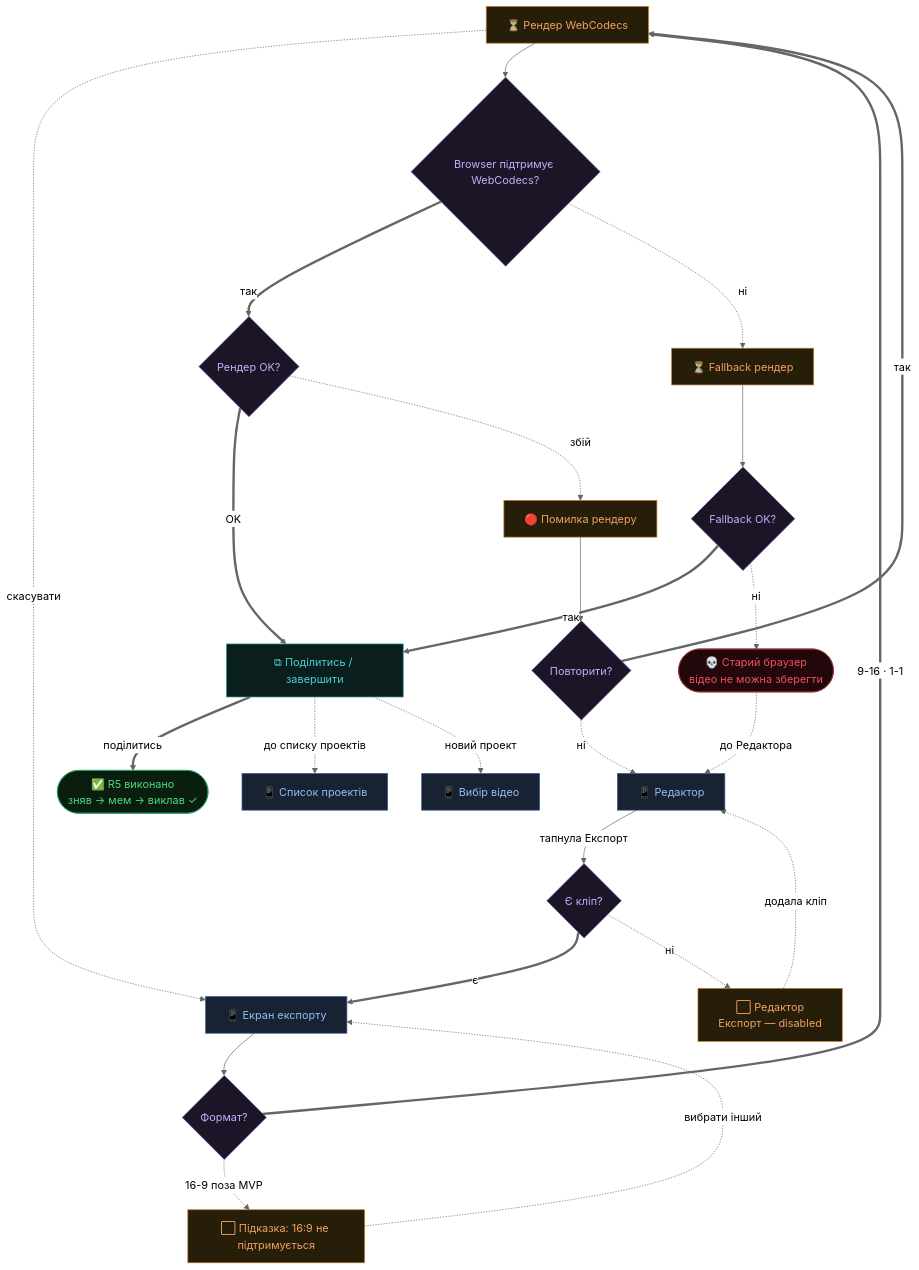
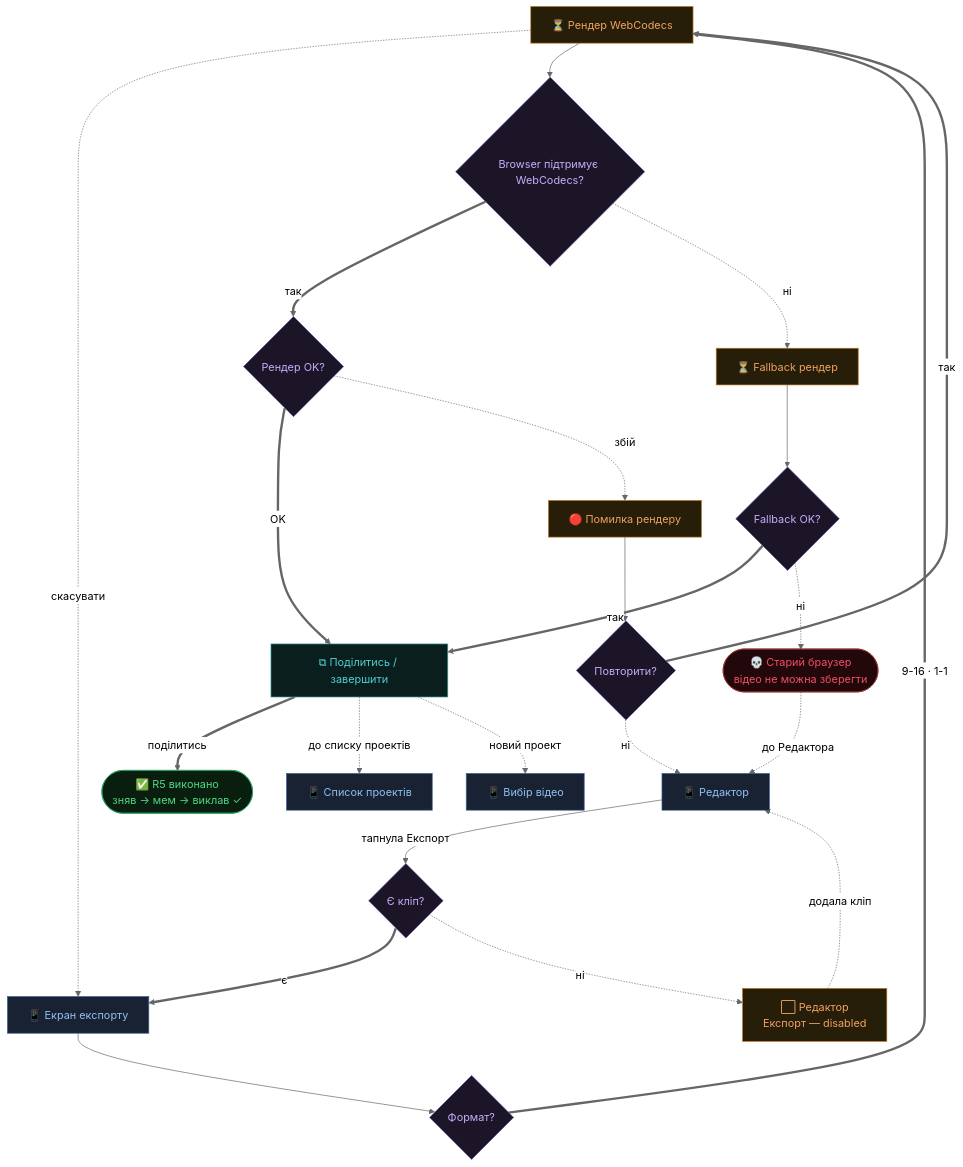
Before and after one commit to Zhmenya92/Memkat: the sixth of 6 diagrams in research/flows.md, drawn with Mermaid (neutral theme). The commit also changed other lines of this file and 21 other files, not shown here.

````diff
--- a/research/flows.md
+++ b/research/flows.md
@@ -288,40 +289,38 @@
 ```mermaid
 flowchart TD
     classDef screen  fill:#192233,stroke:#3a6090,color:#90c0f0
     classDef panel   fill:#0a1e1e,stroke:#28a0a0,color:#50d0d0
     classDef state   fill:#271e0a,stroke:#c07a28,color:#f0a060
     classDef decide  fill:#1c1528,stroke:#6050a0,color:#c0b0f8
     classDef ok      fill:#0a1e0f,stroke:#28a060,color:#50d880
     classDef fail    fill:#22080a,stroke:#903030,color:#f05060
 
     REND["⏳ Рендер WebCodecs"]:::state
 
     ED["📱 Редактор"]:::screen -- тапнула Експорт --> QC{Є кліп?}:::decide
     QC == є ==> EXP["📱 Екран експорту"]:::screen
     QC -. ні .-> DIS["⬜ Редактор\nЕкспорт — disabled"]:::state
     DIS -. додала кліп .-> ED
 
     EXP --> QF{Формат?}:::decide
     QF == 9-16 · 1-1 ==> REND
-    QF -. 16-9 поза MVP .-> NA["⬜ Підказка: 16:9 не підтримується"]:::state
-    NA -. вибрати інший .-> EXP
     REND -. скасувати .-> EXP
     REND --> QWC{Browser підтримує WebCodecs?}:::decide
     QWC == так ==> QR{Рендер OK?}:::decide
     QWC -. ні .-> FB["⏳ Fallback рендер"]:::state
 
     QR == OK ==> SHARE["⧉ Поділитись / завершити"]:::panel
     QR -. збій .-> RE["🔴 Помилка рендеру"]:::state
     RE --> QRT{Повторити?}:::decide
     QRT == так ==> REND
     QRT -. ні .-> ED
 
     FB --> QFB{Fallback OK?}:::decide
     QFB == так ==> SHARE
     QFB -. ні .-> DEAD(["💀 Старий браузер\nвідео не можна зберегти"]):::fail
     DEAD -. до Редактора .-> ED
 
     SHARE == поділитись ==> DONE(["✅ R5 виконано\nзняв → мем → виклав ✓"]):::ok
     SHARE -. до списку проектів .-> PL["📱 Список проектів"]:::screen
     SHARE -. новий проект .-> IMP["📱 Вибір відео"]:::screen
 ```
````
